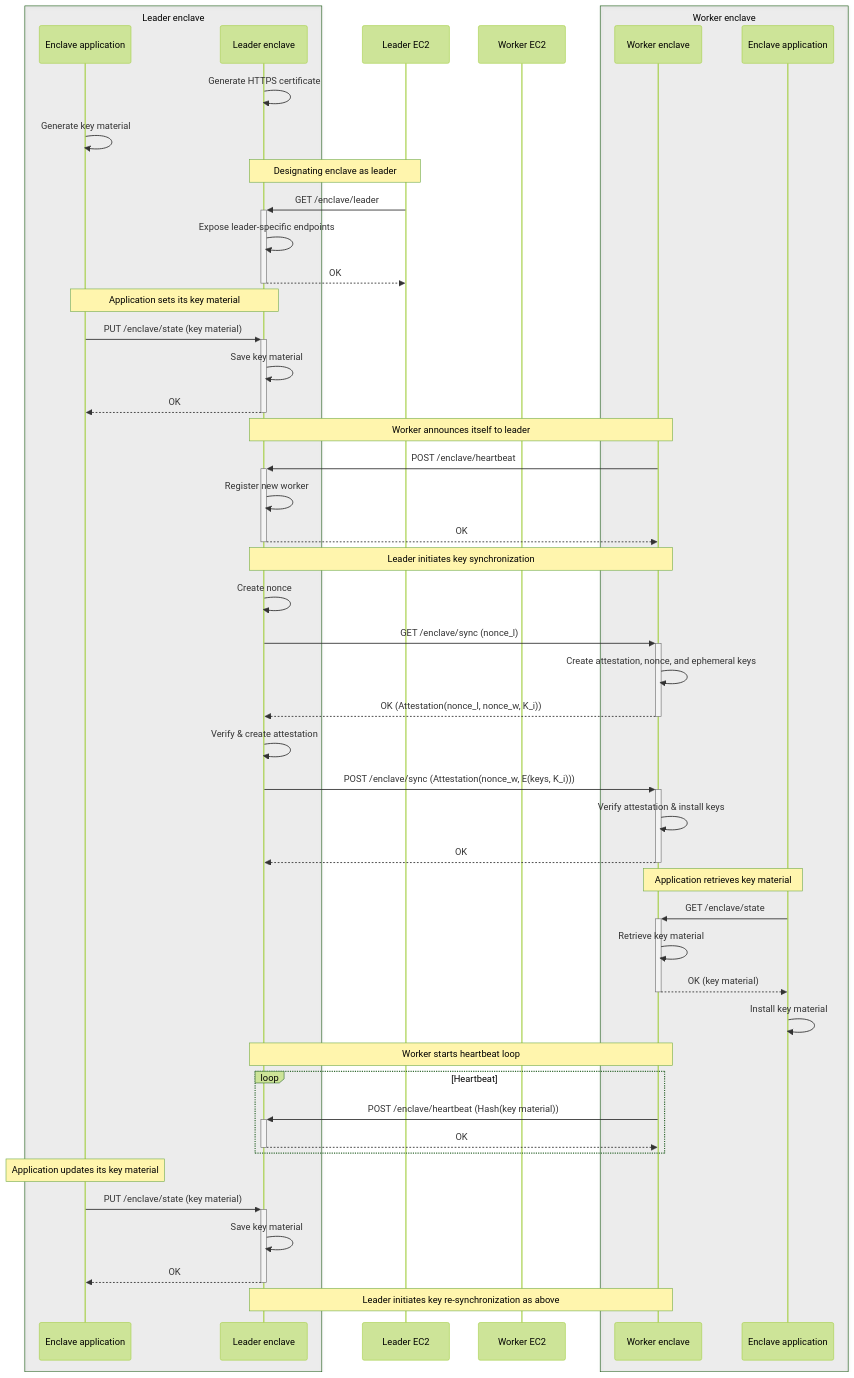
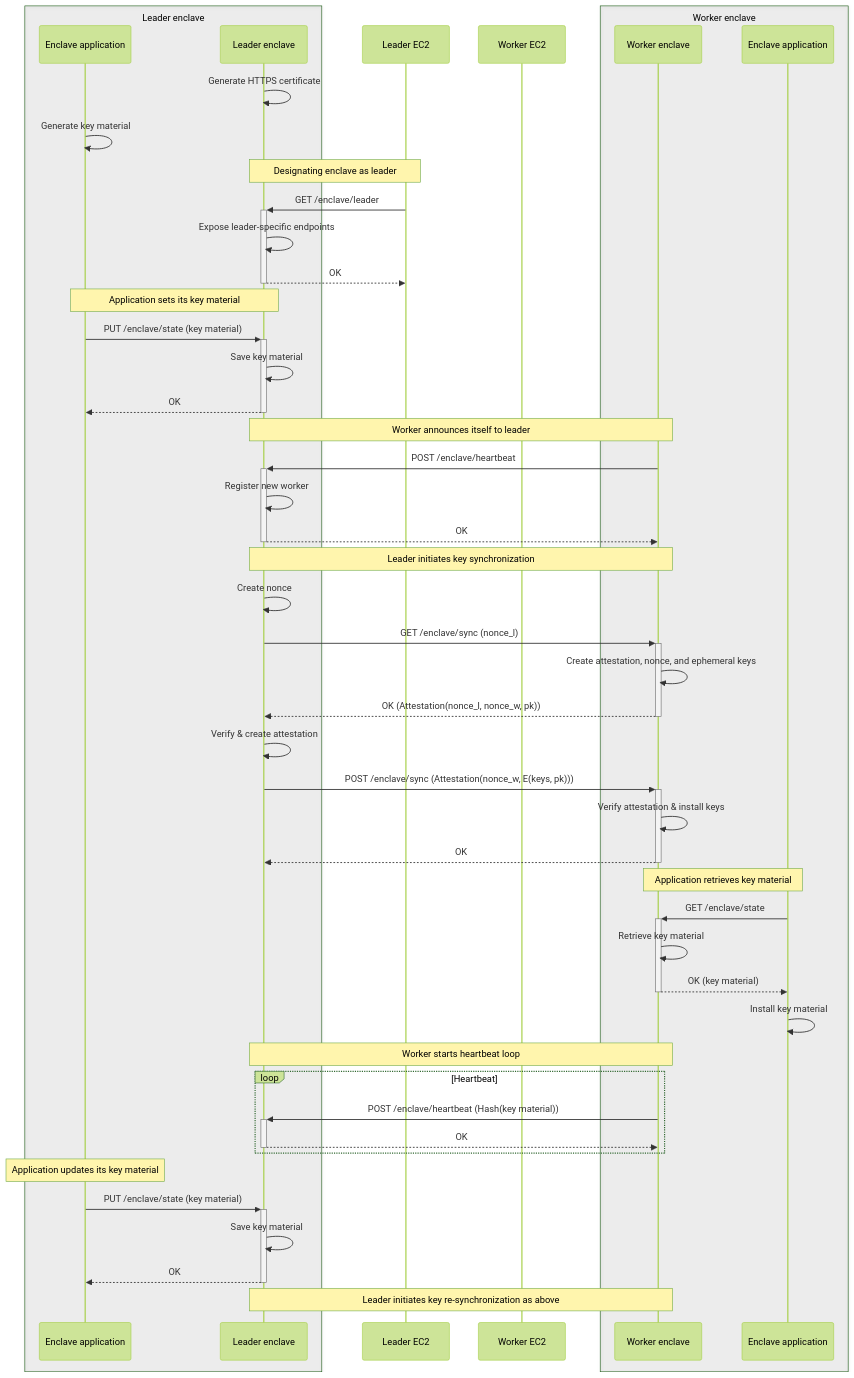
One commit to brave/nitriding-daemon changed the diagram in doc/key-synchronization.md. Above: the diagram before and after it, drawn with Mermaid (forest theme). The commit also changed other lines of this file, not shown here.

````diff
--- a/doc/key-synchronization.md
+++ b/doc/key-synchronization.md
@@ -21,62 +77,62 @@
 ```mermaid
 sequenceDiagram
   box rgba(100, 100, 100, .1) Leader enclave
   participant leaderApp as Enclave application
   participant leader as Leader enclave
   end
   participant leaderEC2 as Leader EC2
   participant workerEC2 as Worker EC2
   box rgba(100, 100, 100, .1) Worker enclave
   participant worker as Worker enclave
   participant workerApp as Enclave application
   end
 
 leader->>leader: Generate HTTPS certificate
 leaderApp->>leaderApp: Generate key material
 
 Note over leader,leaderEC2: Designating enclave as leader
 leaderEC2->>+leader: GET /enclave/leader
 leader->>leader: Expose leader-specific endpoints
 leader-->>-leaderEC2: OK
 
 Note over leaderApp,leader: Application sets its key material
 leaderApp->>+leader: PUT /enclave/state (key material)
 leader->>leader: Save key material
 leader-->>-leaderApp: OK
 
 Note over leader,worker: Worker announces itself to leader
 worker->>+leader: POST /enclave/heartbeat
 leader->>leader: Register new worker
 leader-->>-worker: OK
 
 Note over leader,worker: Leader initiates key synchronization
 leader->>leader: Create nonce
 leader->>+worker: GET /enclave/sync (nonce_l)
 worker->>worker: Create attestation, nonce, and ephemeral keys
-worker-->>-leader: OK (Attestation(nonce_l, nonce_w, K_i))
+worker-->>-leader: OK (Attestation(nonce_l, nonce_w, pk))
 
 leader->>leader: Verify & create attestation
-leader->>+worker: POST /enclave/sync (Attestation(nonce_w, E(keys, K_i)))
+leader->>+worker: POST /enclave/sync (Attestation(nonce_w, E(keys, pk)))
 worker->>worker: Verify attestation & install keys
 worker-->>-leader: OK
 
 Note over worker,workerApp: Application retrieves key material
 workerApp->>+worker: GET /enclave/state
 worker->>worker: Retrieve key material
 worker-->>-workerApp: OK (key material)
 workerApp->>workerApp: Install key material
 
 Note over leader, worker: Worker starts heartbeat loop
 
 loop Heartbeat
   worker->>+leader: POST /enclave/heartbeat (Hash(key material))
   leader-->>-worker: OK
 end
 
 Note over leaderApp: Application updates its key material
 leaderApp->>+leader: PUT /enclave/state (key material)
 leader->>leader: Save key material
 leader-->>-leaderApp: OK
 
 note over leader,worker: Leader initiates key re-synchronization as above
 ```
````
